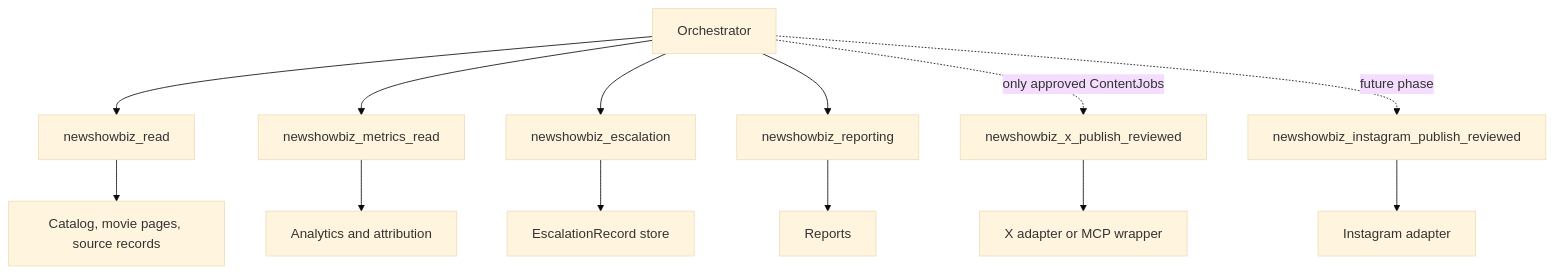
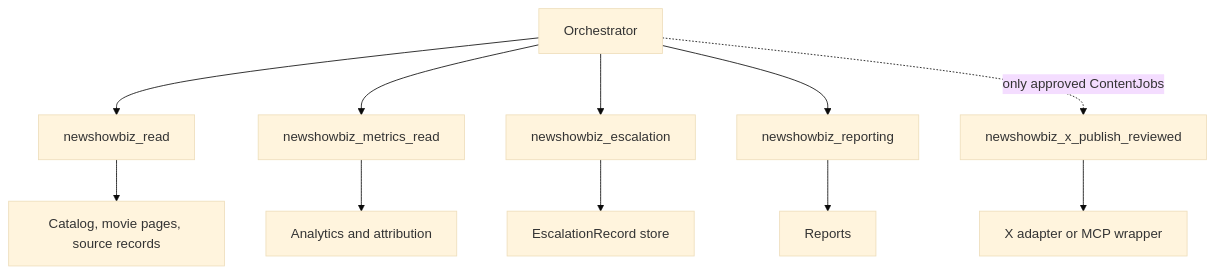
The diagram in docs/20-system-spec/tool-boundaries.md (St-Expedite-Press/no-hay-banda), drawn with Mermaid (base theme) before and after one commit. The commit also changed other lines of this file and 46 other files, not shown here.

````diff
--- a/docs/20-system-spec/tool-boundaries.md
+++ b/docs/20-system-spec/tool-boundaries.md
@@ -5,15 +5,13 @@
 ```mermaid
 flowchart TD
     A[Orchestrator] --> B[newshowbiz_read]
     A --> C[newshowbiz_metrics_read]
     A --> D[newshowbiz_escalation]
     A --> E[newshowbiz_reporting]
     A -. only approved ContentJobs .-> F[newshowbiz_x_publish_reviewed]
-    A -. future phase .-> G[newshowbiz_instagram_publish_reviewed]
     B --> H[Catalog, movie pages, source records]
     C --> I[Analytics and attribution]
     D --> J[EscalationRecord store]
     E --> K[Reports]
     F --> L[X adapter or MCP wrapper]
-    G --> M[Instagram adapter]
 ```
````
